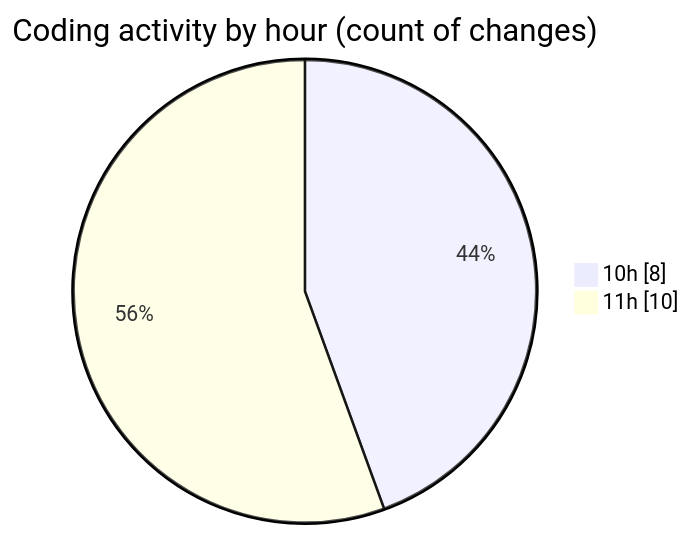
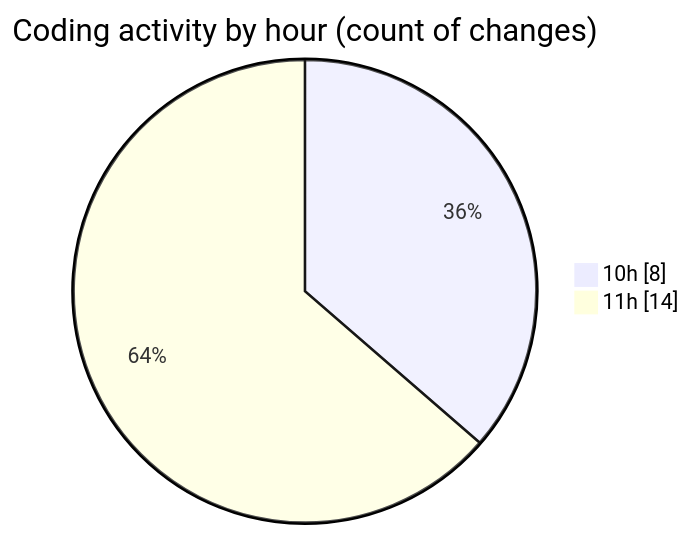
The second of 2 diagrams in 2025-10-15/untitled__workspace_/README.md (debugP/code-tracking), drawn with Mermaid before and after one commit. The commit also changed other lines of this file and 1 other file, not shown here.

````diff
--- a/2025-10-15/untitled__workspace_/README.md
+++ b/2025-10-15/untitled__workspace_/README.md
@@ -28,6 +28,6 @@
 ```mermaid
 pie showData
 title Coding activity by hour (count of changes)
 "10h" : 8
-"11h" : 10
+"11h" : 14
 ```
````
